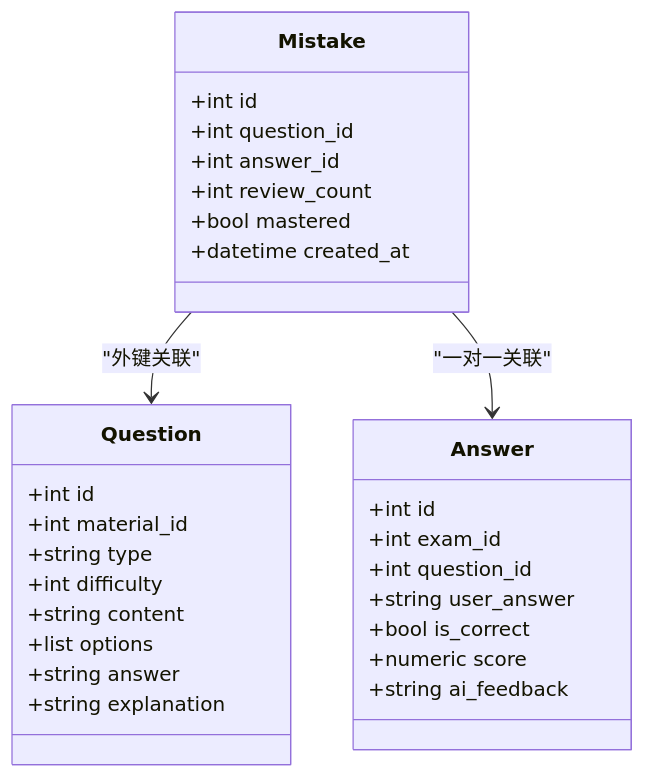
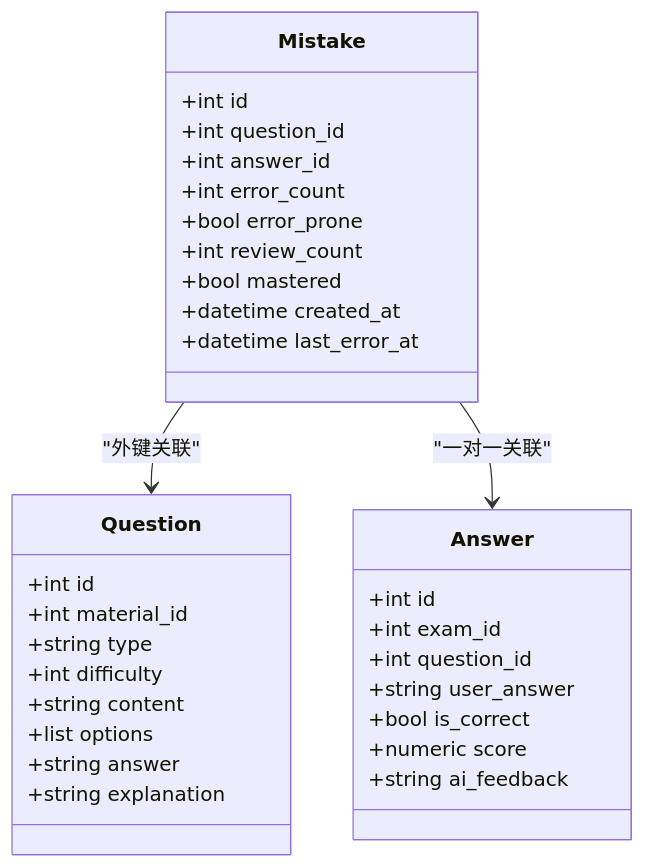
One commit to zhiwenli-jack/personal-learning-manager changed the third of 7 diagrams in .qoder/repowiki/zh/content/核心功能模块/错题管理系统.md. Above: the diagram before and after it, drawn with Mermaid. The commit also changed other lines of this file and 12 other files, not shown here.

````diff
--- a/.qoder/repowiki/zh/content/核心功能模块/错题管理系统.md
+++ b/.qoder/repowiki/zh/content/核心功能模块/错题管理系统.md
@@ -173,32 +184,35 @@
 ```mermaid
 classDiagram
 class Mistake {
 +int id
 +int question_id
 +int answer_id
++int error_count
++bool error_prone
 +int review_count
 +bool mastered
 +datetime created_at
++datetime last_error_at
 }
 class Question {
 +int id
 +int material_id
 +string type
 +int difficulty
 +string content
 +list options
 +string answer
 +string explanation
 }
 class Answer {
 +int id
 +int exam_id
 +int question_id
 +string user_answer
 +bool is_correct
 +numeric score
 +string ai_feedback
 }
 Mistake --> Question : "外键关联"
 Mistake --> Answer : "一对一关联"
 ```
````
